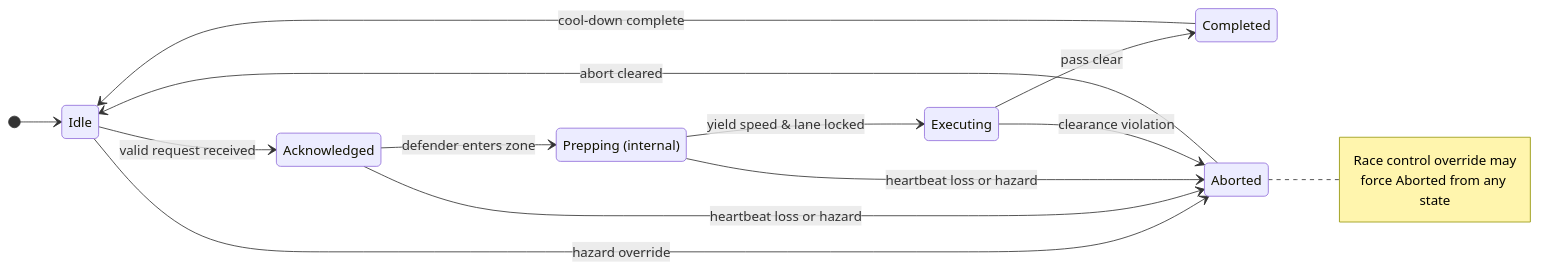
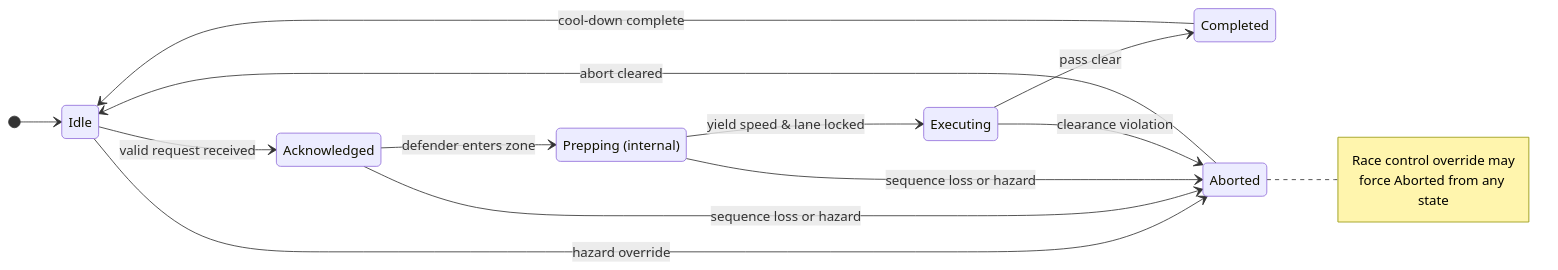
The second of 2 diagrams in README.md (airacingtech/multicar_rules_of_engagement), drawn with Mermaid before and after one commit. The commit also changed other lines of this file, not shown here.

````diff
--- a/README.md
+++ b/README.md
@@ -124,25 +134,25 @@
 ```mermaid
 stateDiagram-v2
     direction LR
 
     state "Idle" as IDLE
     state "Acknowledged" as ACK
     state "Prepping (internal)" as PREP
     state "Executing" as EXEC
     state "Completed" as DONE
     state "Aborted" as ABORT
 
     [*] --> IDLE
     IDLE  --> ACK   : valid request received
     IDLE  --> ABORT : hazard override
     ACK   --> PREP  : defender enters zone
-    ACK   --> ABORT : heartbeat loss or hazard
+    ACK   --> ABORT : sequence loss or hazard
     PREP  --> EXEC  : yield speed & lane locked
-    PREP  --> ABORT : heartbeat loss or hazard
+    PREP  --> ABORT : sequence loss or hazard
     EXEC  --> DONE  : pass clear
     EXEC  --> ABORT : clearance violation
     DONE  --> IDLE  : cool-down complete
     ABORT --> IDLE  : abort cleared
 
     note right of ABORT : Race control override may<br/>force Aborted from any state
 ```
````
